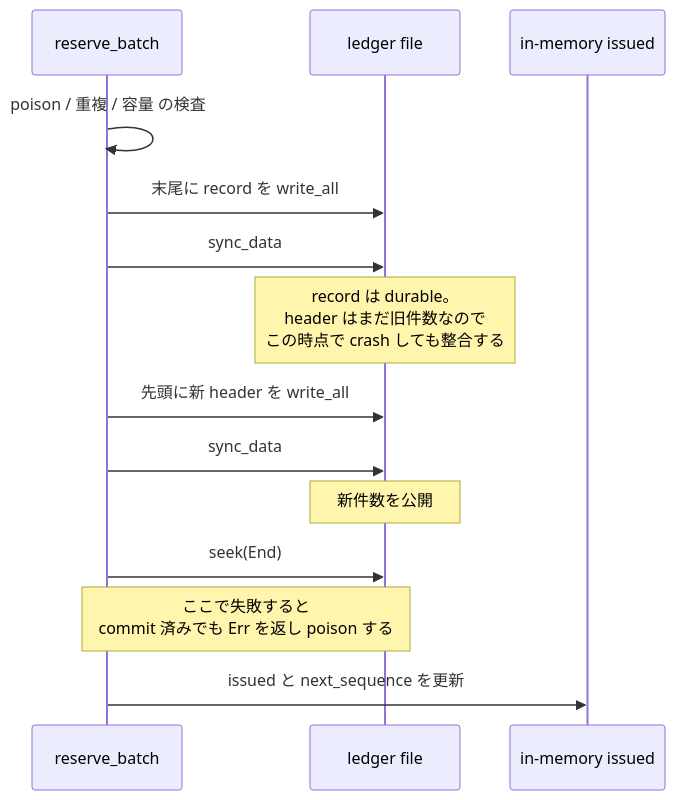
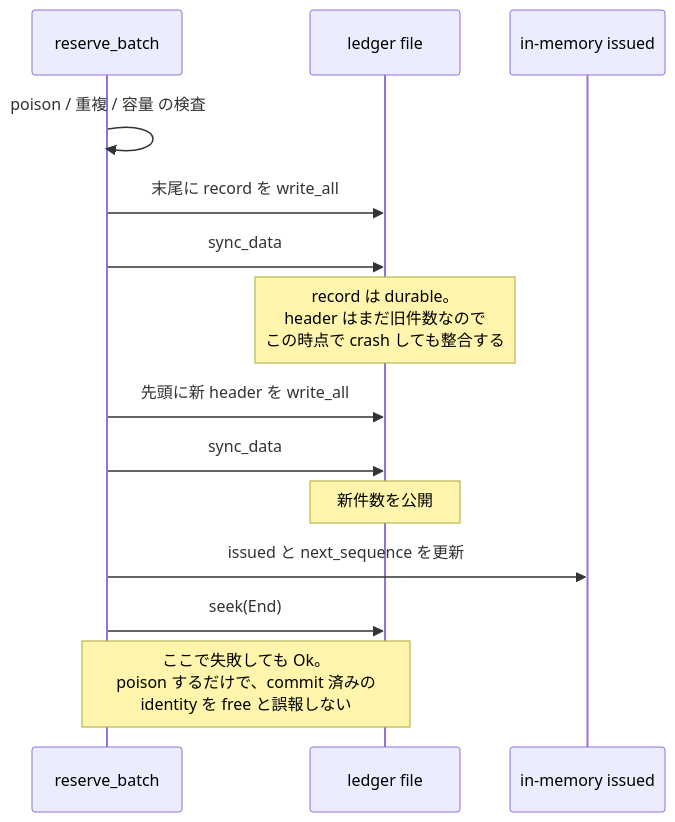
One commit to Aqua-218/SecCamp-AIAgent changed the diagram in docs/session-orchestrator/identity-ledger.md. Above: the diagram before and after it, drawn with Mermaid. The commit also changed other lines of this file, not shown here.

First line of the commit message:
docs(session-orchestrator): update the ledger page for the commit-order fix

````diff
--- a/docs/session-orchestrator/identity-ledger.md
+++ b/docs/session-orchestrator/identity-ledger.md
@@ -81,17 +81,17 @@
 ```mermaid
 sequenceDiagram
     participant L as reserve_batch
     participant F as ledger file
     participant M as in-memory issued
 
     L->>L: poison / 重複 / 容量 の検査
     L->>F: 末尾に record を write_all
     L->>F: sync_data
     Note over F: record は durable。<br/>header はまだ旧件数なので<br/>この時点で crash しても整合する
     L->>F: 先頭に新 header を write_all
     L->>F: sync_data
     Note over F: 新件数を公開
+    L->>M: issued と next_sequence を更新
     L->>F: seek(End)
-    Note over L,F: ここで失敗すると<br/>commit 済みでも Err を返し poison する
-    L->>M: issued と next_sequence を更新
+    Note over L,F: ここで失敗しても Ok。<br/>poison するだけで、commit 済みの<br/>identity を free と誤報しない
 ```
````
